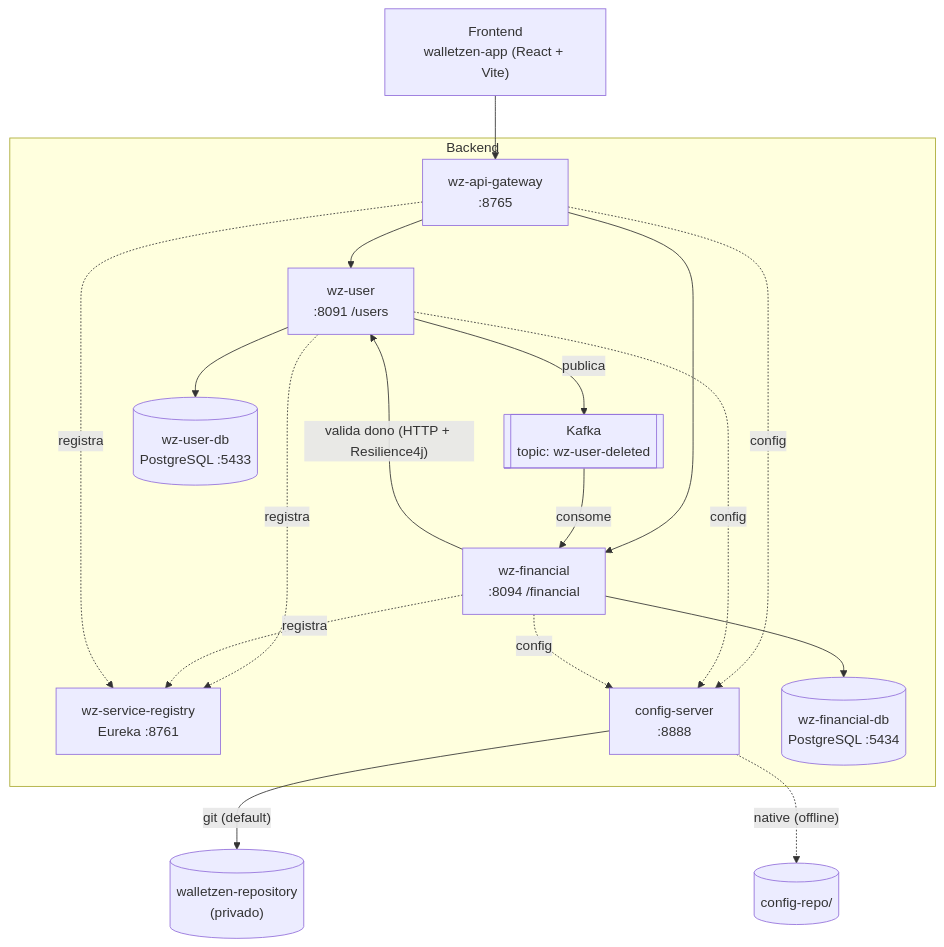
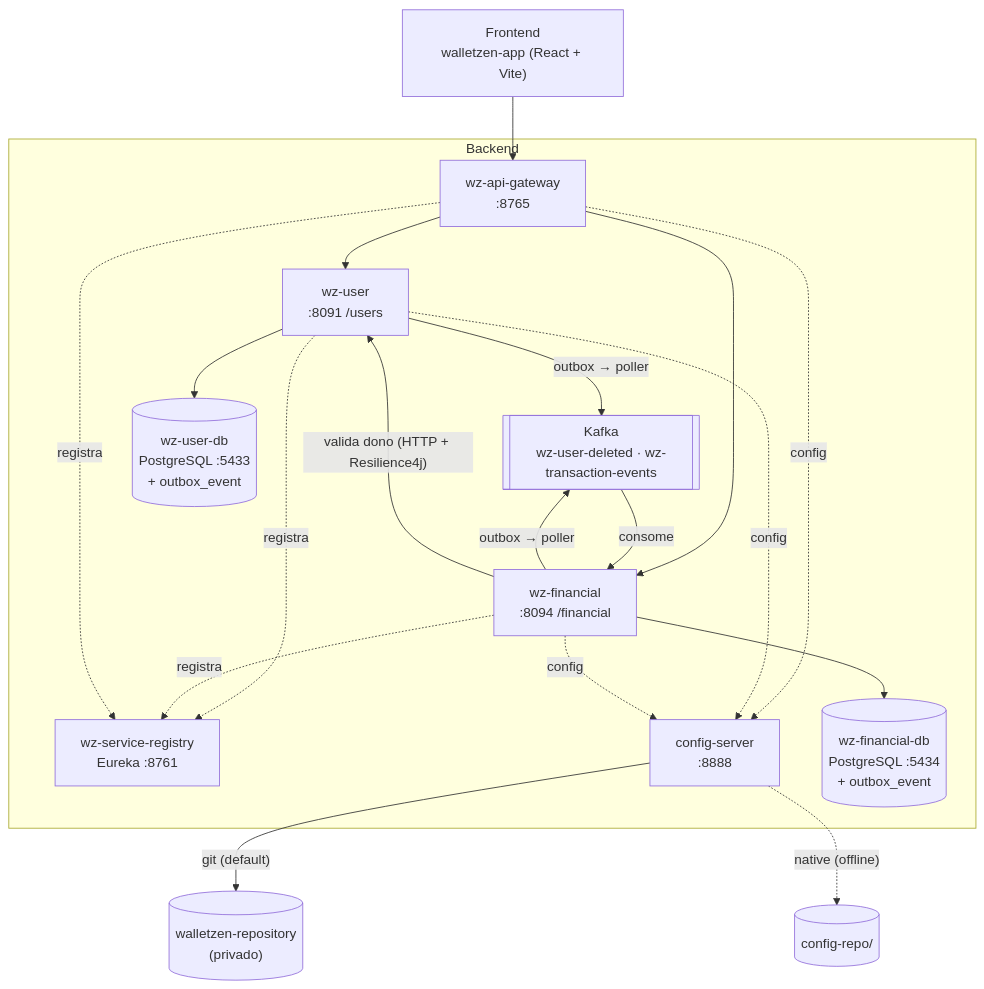
Before and after one commit to Ismadrade/walletzen: the diagram in README.md, drawn with Mermaid. The commit also changed other lines of this file and 39 other files, not shown here.

First line of the commit message:
feat: Outbox pattern + eventos de domínio de wz-financial (Fase 4 / plano 08, Etapa 1)

````diff
--- a/README.md
+++ b/README.md
@@ -37,32 +37,33 @@
 ```mermaid
 flowchart TD
     FE["Frontend<br/>walletzen-app (React + Vite)"] --> GW
 
     subgraph Backend
         GW["wz-api-gateway<br/>:8765"]
         REG["wz-service-registry<br/>Eureka :8761"]
         CFG["config-server<br/>:8888"]
         USER["wz-user<br/>:8091 /users"]
         FIN["wz-financial<br/>:8094 /financial"]
-        K[["Kafka<br/>topic: wz-user-deleted"]]
-        UDB[("wz-user-db<br/>PostgreSQL :5433")]
-        FDB[("wz-financial-db<br/>PostgreSQL :5434")]
+        K[["Kafka<br/>wz-user-deleted · wz-transaction-events"]]
+        UDB[("wz-user-db<br/>PostgreSQL :5433<br/>+ outbox_event")]
+        FDB[("wz-financial-db<br/>PostgreSQL :5434<br/>+ outbox_event")]
 
         GW --> USER
         GW --> FIN
         USER -. registra .-> REG
         FIN -. registra .-> REG
         GW -. registra .-> REG
         GW -. config .-> CFG
         USER -. config .-> CFG
         FIN -. config .-> CFG
-        USER -- publica --> K
+        USER -- "outbox → poller" --> K
+        FIN -- "outbox → poller" --> K
         K -- consome --> FIN
         FIN -- "valida dono (HTTP + Resilience4j)" --> USER
         USER --> UDB
         FIN --> FDB
     end
 
     CFG -- "git (default)" --> REPO[("walletzen-repository<br/>(privado)")]
     CFG -. "native (offline)" .-> LOCAL[("config-repo/")]
 ```
````
